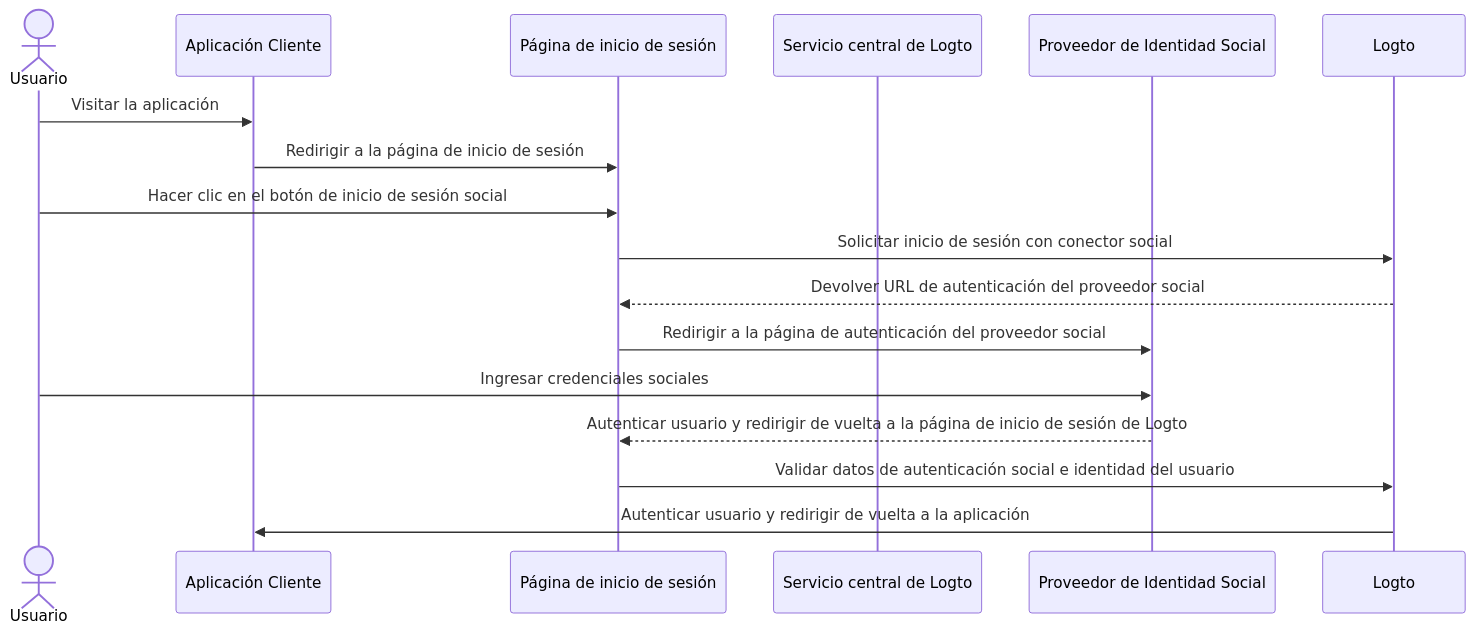
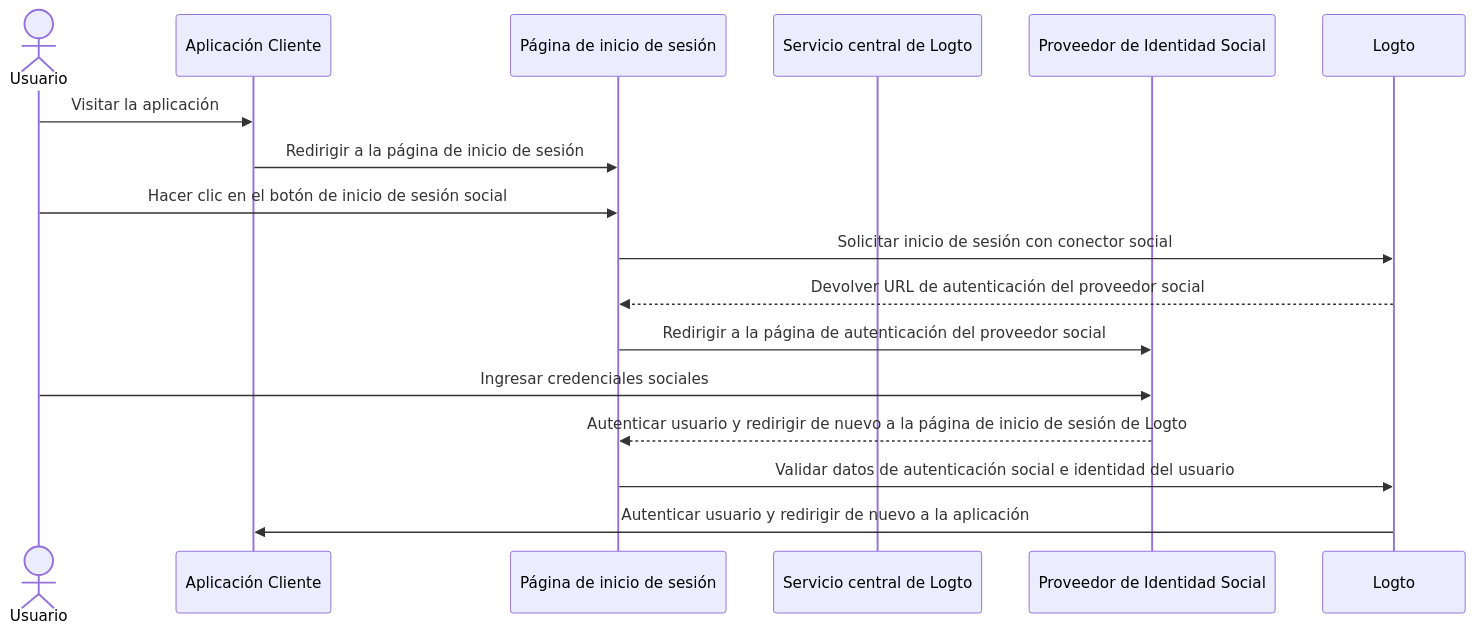
The first of 5 diagrams in i18n/es/docusaurus-plugin-content-docs/current/end-user-flows/sign-up-and-sign-in/social-sign-in.mdx (logto-io/docs), drawn with Mermaid before and after one commit. The commit also changed other lines of this file and 234 other files, not shown here.

````diff
--- a/i18n/es/docusaurus-plugin-content-docs/current/end-user-flows/sign-up-and-sign-in/social-sign-in.mdx
+++ b/i18n/es/docusaurus-plugin-content-docs/current/end-user-flows/sign-up-and-sign-in/social-sign-in.mdx
@@ -36,19 +36,19 @@
 ```mermaid
 sequenceDiagram
     actor user as Usuario
     participant app as Aplicación Cliente
     participant experience as Página de inicio de sesión
     participant logto as Servicio central de Logto
     participant social as Proveedor de Identidad Social
 
     user->>app: Visitar la aplicación
     app->>experience: Redirigir a la página de inicio de sesión
     user->>experience: Hacer clic en el botón de inicio de sesión social
     experience->>Logto: Solicitar inicio de sesión con conector social
     Logto-->>experience: Devolver URL de autenticación del proveedor social
     experience->>social: Redirigir a la página de autenticación del proveedor social
     user->>social: Ingresar credenciales sociales
-    social-->>experience: Autenticar usuario y redirigir de vuelta a la página de inicio de sesión de Logto
+    social-->>experience: Autenticar usuario y redirigir de nuevo a la página de inicio de sesión de Logto
     experience->>Logto: Validar datos de autenticación social e identidad del usuario
-    Logto->>app: Autenticar usuario y redirigir de vuelta a la aplicación
+    Logto->>app: Autenticar usuario y redirigir de nuevo a la aplicación
 ```
````
